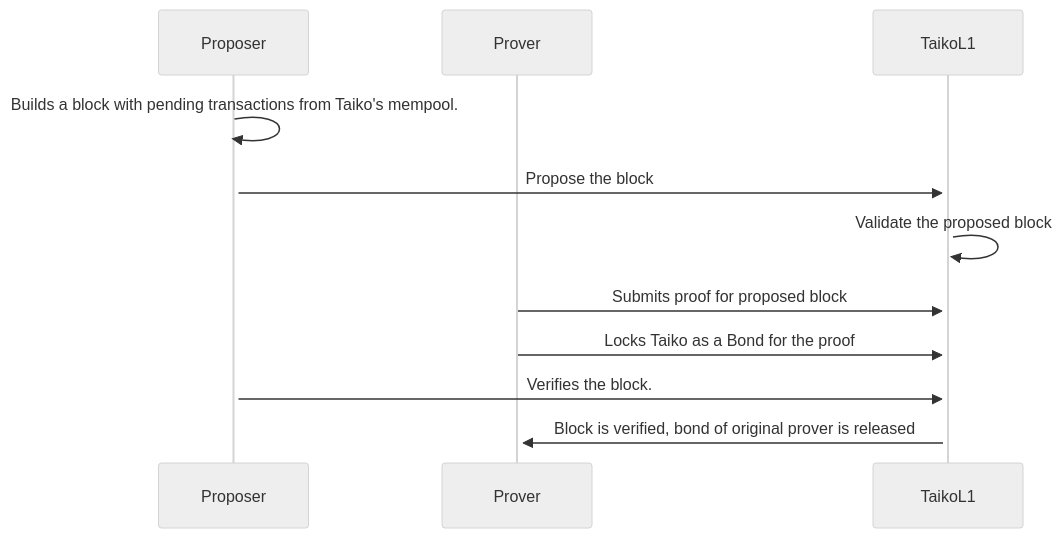
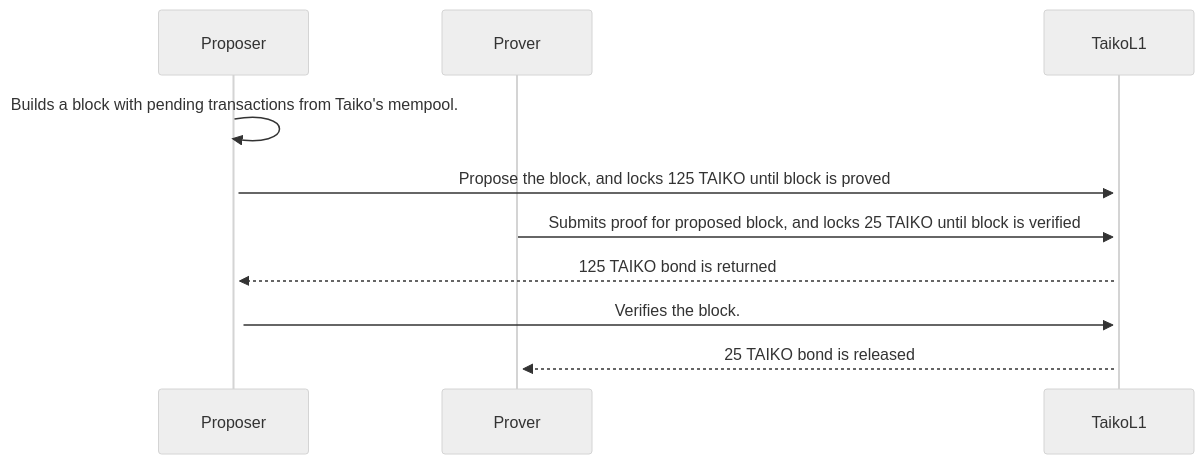
The diagram in high-level.MD (fahimahmedx/taiko-block-building), drawn with Mermaid (neutral theme) before and after one commit.

Commit message:
make high-level diagram even more high level

````diff
--- a/high-level.MD
+++ b/high-level.MD
@@ -1,15 +1,14 @@
 ```mermaid
 sequenceDiagram
 participant Proposer
 participant Prover
 participant TaikoL1
 
 
 Proposer->>+Proposer: Builds a block with pending transactions from Taiko's mempool.
-Proposer->>+TaikoL1: Propose the block
-TaikoL1->>+TaikoL1: Validate the proposed block
-Prover->>+TaikoL1: Submits proof for proposed block
-Prover->>+TaikoL1: Locks Taiko as a Bond for the proof
+Proposer->>+TaikoL1: Propose the block, and locks 125 TAIKO until block is proved
+Prover->>+TaikoL1: Submits proof for proposed block, and locks 25 TAIKO until block is verified
+TaikoL1-->>+Proposer: 125 TAIKO bond is returned
 Proposer->>+TaikoL1: Verifies the block.
-TaikoL1->>+Prover: Block is verified, bond of original prover is released
+TaikoL1-->>+Prover: 25 TAIKO bond is released
 ```
````
